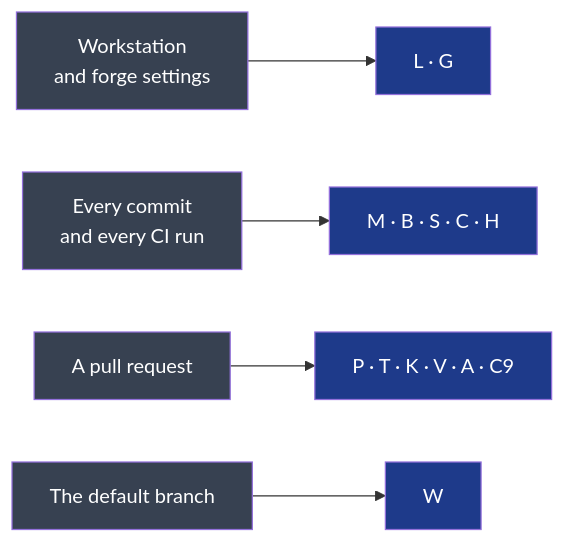
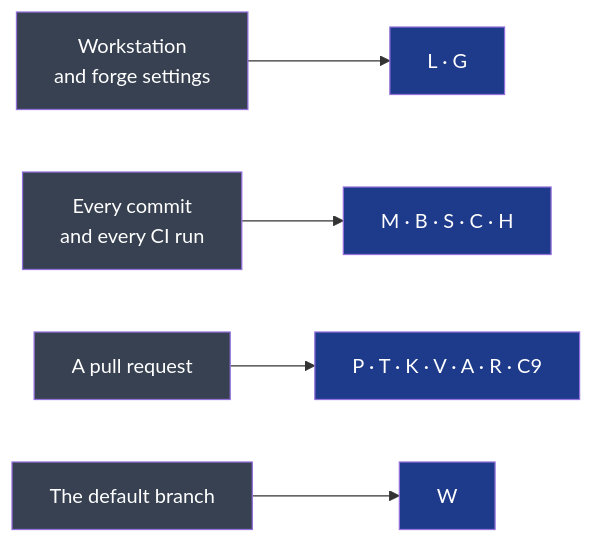
The diagram in skeleton/.nstack/handbook/RULES.md (NapkinStack/engineering-os), drawn with Mermaid before and after one commit. The commit also changed other lines of this file and 6 other files, not shown here.

````diff
--- a/skeleton/.nstack/handbook/RULES.md
+++ b/skeleton/.nstack/handbook/RULES.md
@@ -9,10 +9,10 @@
 ```mermaid
 flowchart LR
     W["Workstation<br/>and forge settings"]:::place --> L["L · G"]:::rule
     C["Every commit<br/>and every CI run"]:::place --> F["M · B · S · C · H"]:::rule
-    P["A pull request"]:::place --> R["P · T · K · V · A · C9"]:::rule
+    P["A pull request"]:::place --> R["P · T · K · V · A · R · C9"]:::rule
     D["The default branch"]:::place --> X["W"]:::rule
 
     classDef place fill:#374151,color:#fff
     classDef rule fill:#1e3a8a,color:#fff
 ```
````
